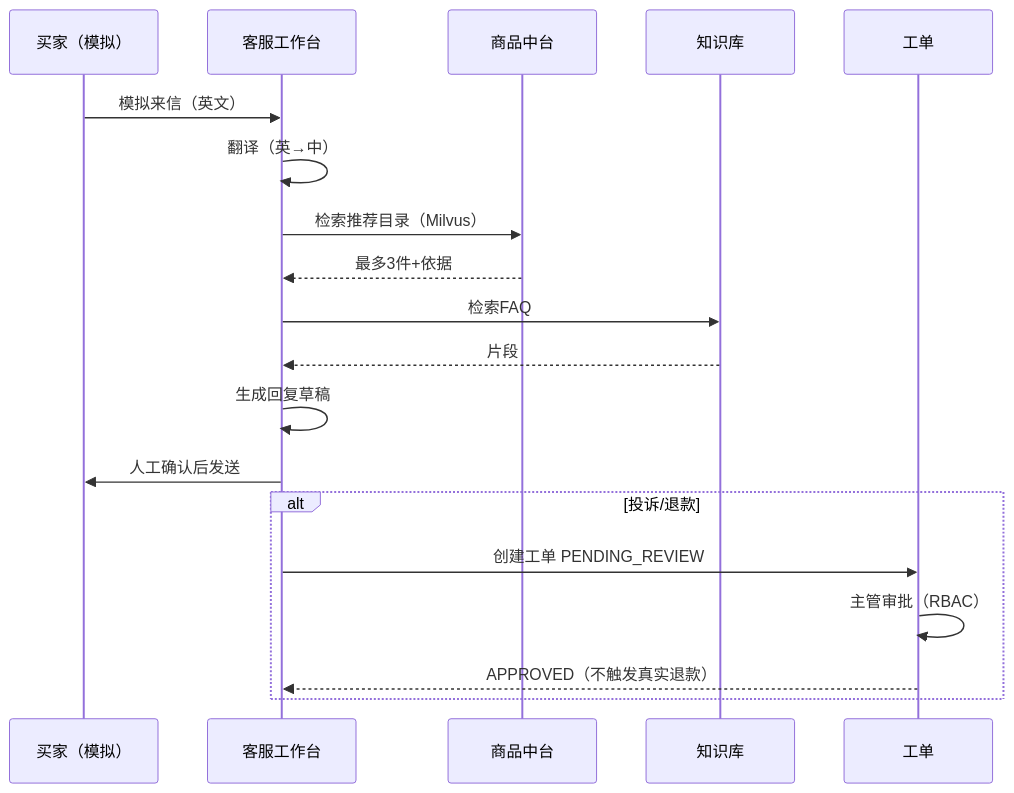
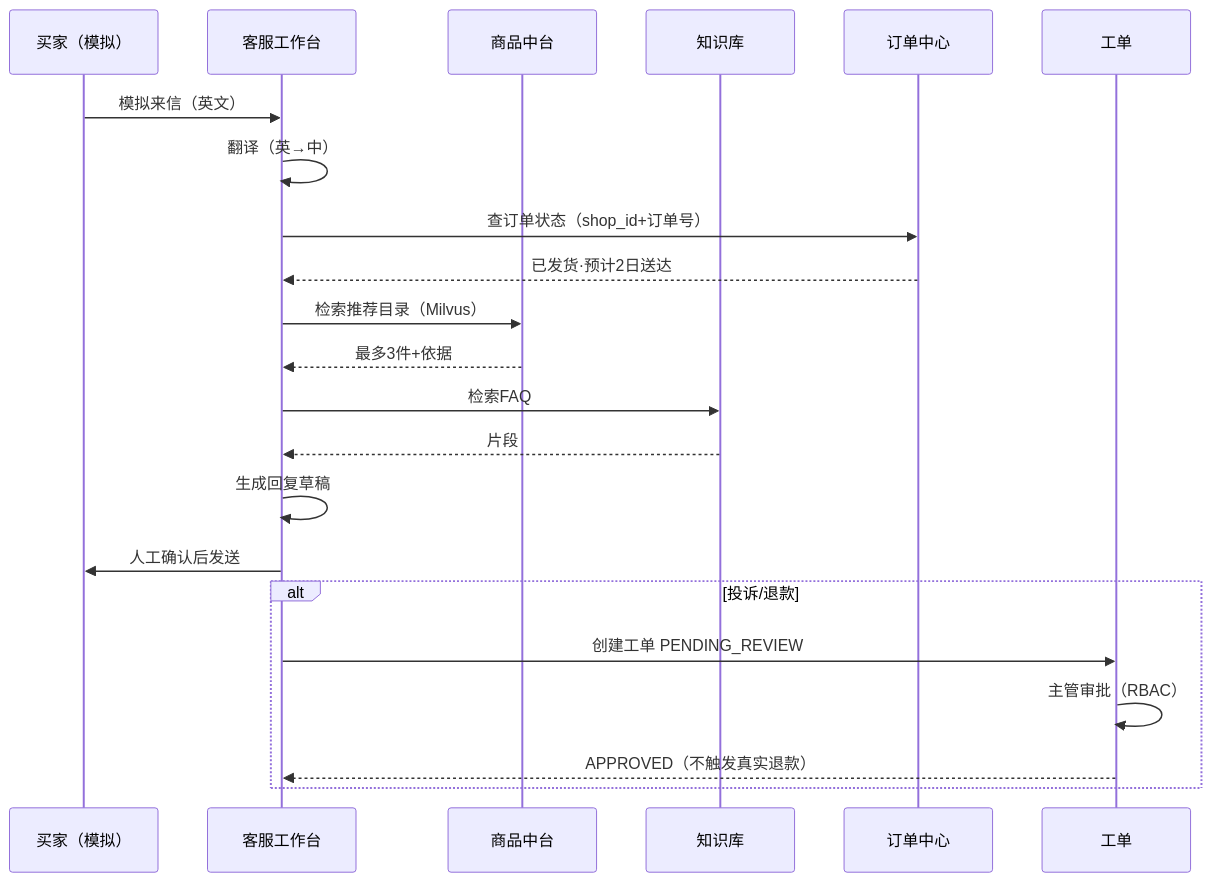
Before and after one commit to li2934026194/ai: the third of 7 diagrams in docs/prototypes/closed-loop-flow.md, drawn with Mermaid. The commit also changed other lines of this file, not shown here.

````diff
--- a/docs/prototypes/closed-loop-flow.md
+++ b/docs/prototypes/closed-loop-flow.md
@@ -126,21 +167,24 @@
 ```mermaid
 sequenceDiagram
     participant B as 买家（模拟）
     participant CS as 客服工作台
     participant P as 商品中台
     participant K as 知识库
+    participant O as 订单中心
     participant T as 工单
     B->>CS: 模拟来信（英文）
     CS->>CS: 翻译（英→中）
+    CS->>O: 查订单状态（shop_id+订单号）
+    O-->>CS: 已发货·预计2日送达
     CS->>P: 检索推荐目录（Milvus）
     P-->>CS: 最多3件+依据
     CS->>K: 检索FAQ
     K-->>CS: 片段
     CS->>CS: 生成回复草稿
     CS->>B: 人工确认后发送
     alt 投诉/退款
         CS->>T: 创建工单 PENDING_REVIEW
         T->>T: 主管审批（RBAC）
         T-->>CS: APPROVED（不触发真实退款）
     end
 ```
````
